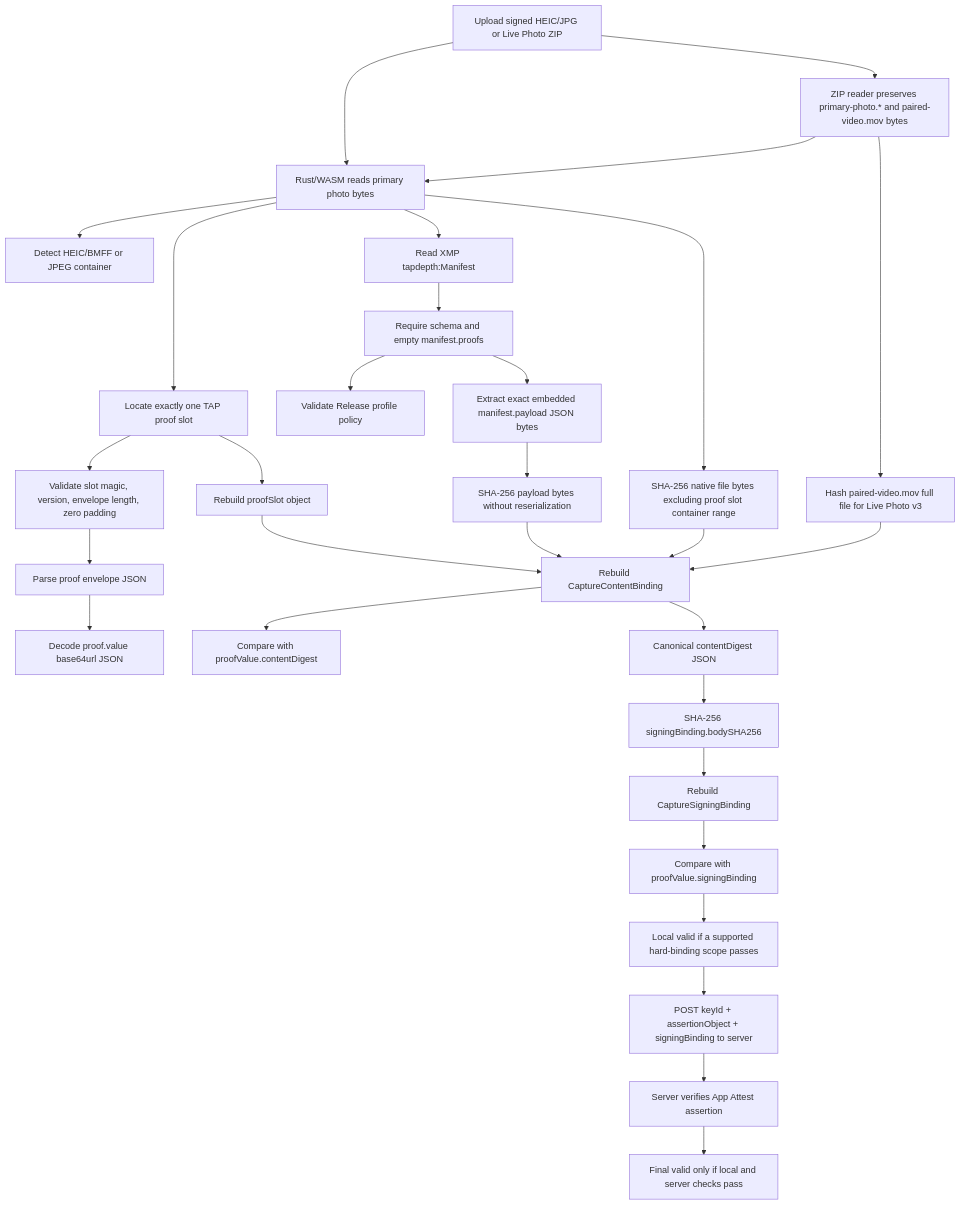
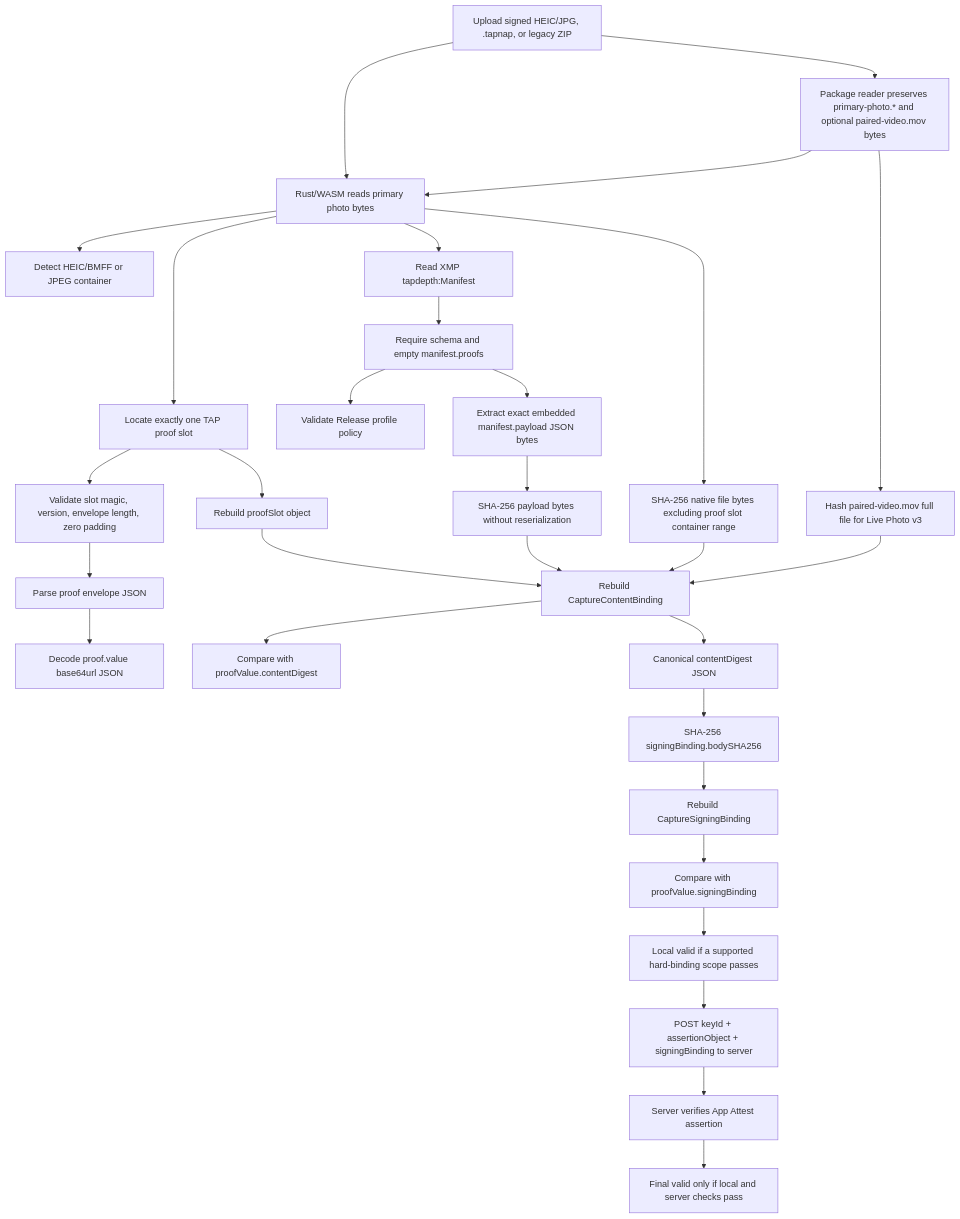
Before and after one commit to TAP-NAP/TAPCamVerifier: the diagram in Docs/VerificationFlow.md, drawn with Mermaid. The commit also changed other lines of this file and 6 other files, not shown here.

Commit message:
Add TAPNAP capture package input support

````diff
--- a/Docs/VerificationFlow.md
+++ b/Docs/VerificationFlow.md
@@ -15,32 +16,32 @@
 ```mermaid
 flowchart TD
-    A["Upload signed HEIC/JPG or Live Photo ZIP"] --> B["Rust/WASM reads primary photo bytes"]
-    A --> Z["ZIP reader preserves primary-photo.* and paired-video.mov bytes"]
+    A["Upload signed HEIC/JPG, .tapnap, or legacy ZIP"] --> B["Rust/WASM reads primary photo bytes"]
+    A --> Z["Package reader preserves primary-photo.* and optional paired-video.mov bytes"]
     Z --> B
     Z --> Y["Hash paired-video.mov full file for Live Photo v3"]
     B --> C["Detect HEIC/BMFF or JPEG container"]
     B --> D["Locate exactly one TAP proof slot"]
     D --> E["Validate slot magic, version, envelope length, zero padding"]
     E --> F["Parse proof envelope JSON"]
     F --> G["Decode proof.value base64url JSON"]
     B --> H["Read XMP tapdepth:Manifest"]
     H --> I["Require schema and empty manifest.proofs"]
     I --> J["Validate Release profile policy"]
     B --> K["SHA-256 native file bytes excluding proof slot container range"]
     I --> L["Extract exact embedded manifest.payload JSON bytes"]
     L --> M["SHA-256 payload bytes without reserialization"]
     D --> N["Rebuild proofSlot object"]
     K --> O["Rebuild CaptureContentBinding"]
     M --> O
     Y --> O
     N --> O
     O --> P["Compare with proofValue.contentDigest"]
     O --> Q["Canonical contentDigest JSON"]
     Q --> R["SHA-256 signingBinding.bodySHA256"]
     R --> S["Rebuild CaptureSigningBinding"]
     S --> T["Compare with proofValue.signingBinding"]
     T --> U["Local valid if a supported hard-binding scope passes"]
     U --> V["POST keyId + assertionObject + signingBinding to server"]
     V --> W["Server verifies App Attest assertion"]
     W --> X["Final valid only if local and server checks pass"]
 ```
````
